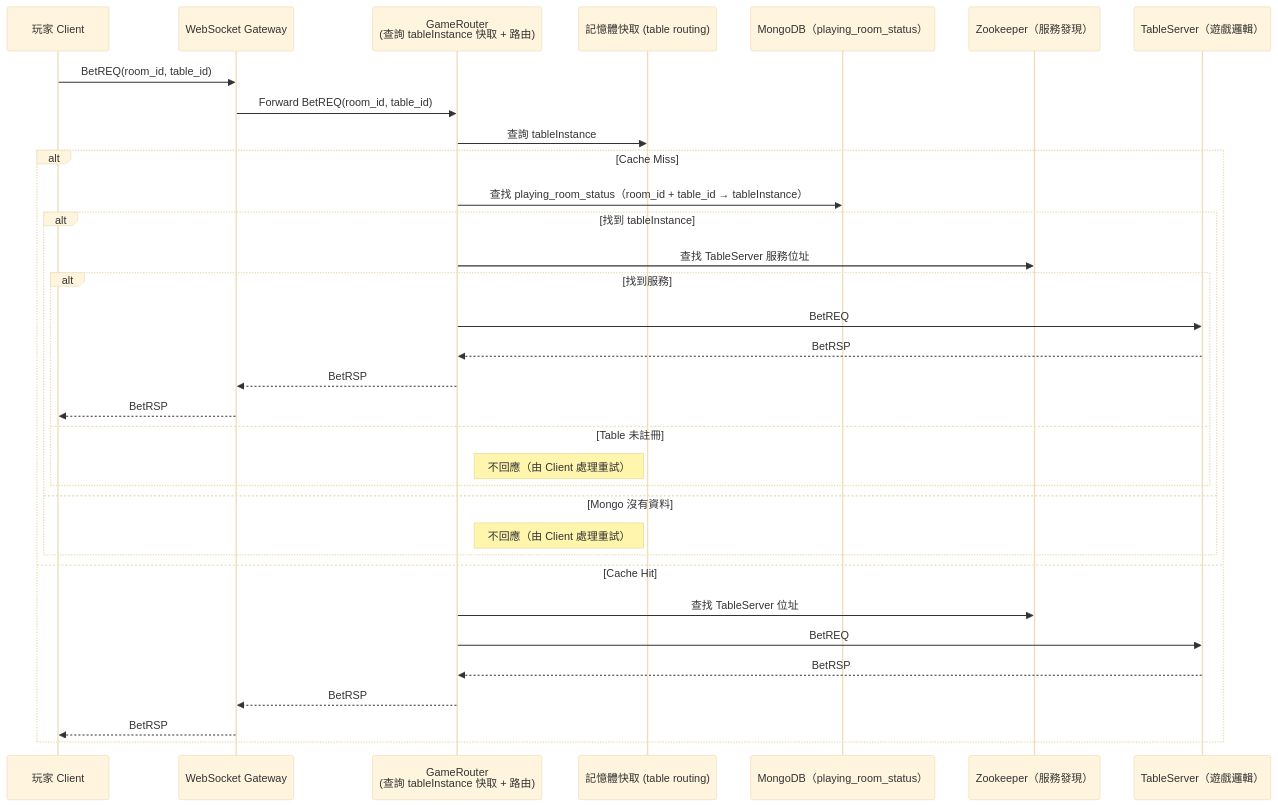
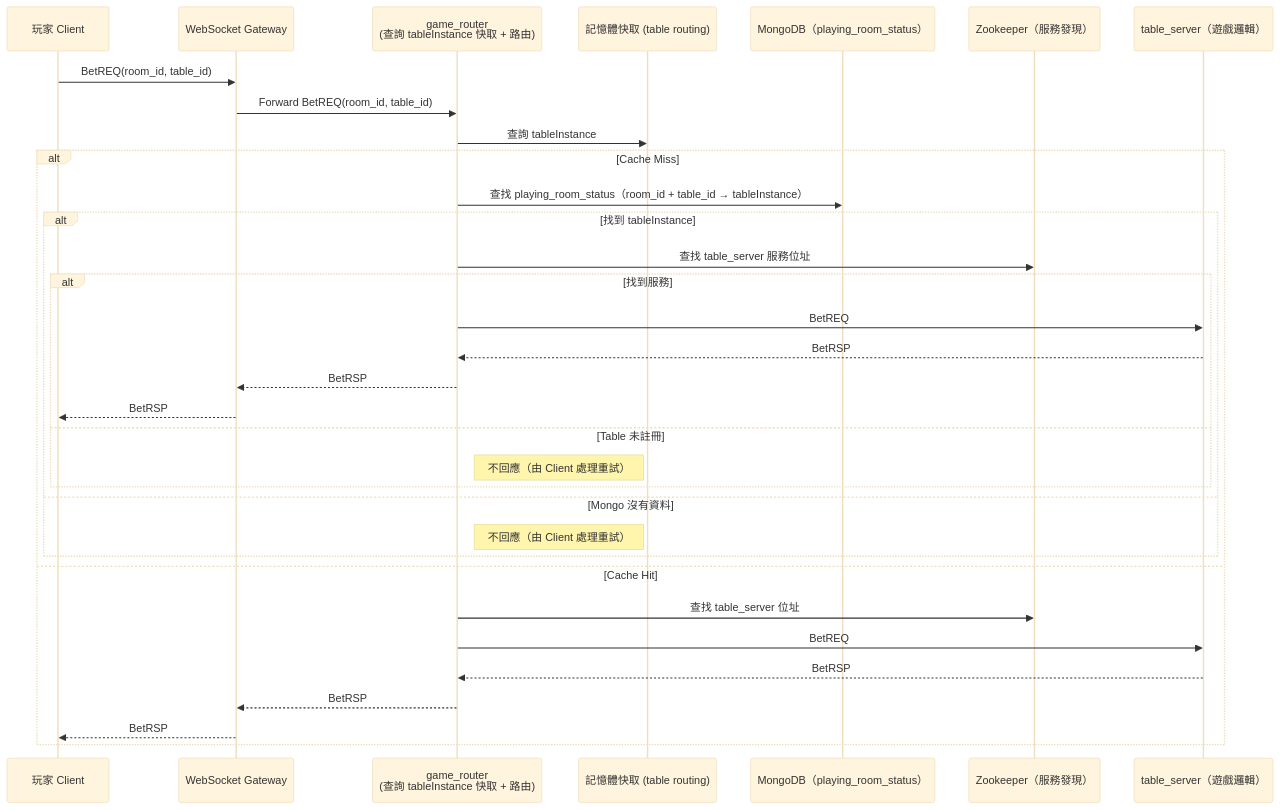
The diagram in bet_req.md (leeisman/poker_architecture), drawn with Mermaid (base theme) before and after one commit. The commit also changed other lines of this file and 12 other files, not shown here.

````diff
--- a/bet_req.md
+++ b/bet_req.md
@@ -18,46 +18,46 @@
 ```mermaid
 sequenceDiagram
     participant Client as 玩家 Client
     participant Gateway as WebSocket Gateway
-    participant Router as GameRouter<br/>(查詢 tableInstance 快取 + 路由)
+    participant Router as game_router<br/>(查詢 tableInstance 快取 + 路由)
     participant Cache as 記憶體快取 (table routing)
     participant Mongo as MongoDB（playing_room_status）
     participant ZK as Zookeeper（服務發現）
-    participant Table as TableServer（遊戲邏輯）
+    participant Table as table_server（遊戲邏輯）
 
     %% 玩家送出請求
     Client->>Gateway: BetREQ(room_id, table_id)
 
-    %% Gateway 將請求轉給 GameRouter 處理
+    %% Gateway 將請求轉給 game_router 處理
     Gateway->>Router: Forward BetREQ(room_id, table_id)
 
     %% Router 查詢 Cache
     Router->>Cache: 查詢 tableInstance
 
     alt Cache Miss
         Router->>Mongo: 查找 playing_room_status（room_id + table_id → tableInstance）
 
         alt 找到 tableInstance
-            Router->>ZK: 查找 TableServer 服務位址
+            Router->>ZK: 查找 table_server 服務位址
 
             alt 找到服務
                 Router->>Table: BetREQ
                 Table-->>Router: BetRSP
                 Router-->>Gateway: BetRSP
                 Gateway-->>Client: BetRSP
             else Table 未註冊
                 Note right of Router: 不回應（由 Client 處理重試）
             end
 
         else Mongo 沒有資料
             Note right of Router: 不回應（由 Client 處理重試）
         end
 
     else Cache Hit
-        Router->>ZK: 查找 TableServer 位址
+        Router->>ZK: 查找 table_server 位址
         Router->>Table: BetREQ
         Table-->>Router: BetRSP
         Router-->>Gateway: BetRSP
         Gateway-->>Client: BetRSP
     end
 ```
````
